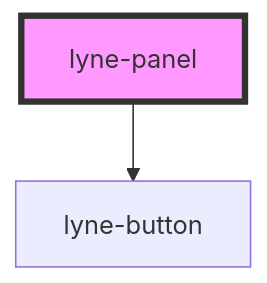
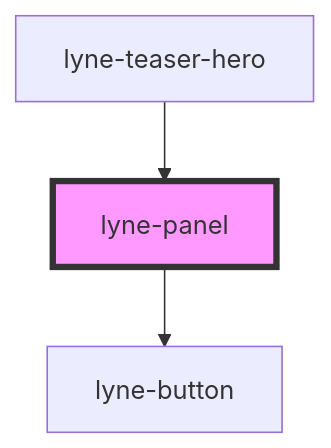
One commit to sbb-design-systems/lyne-components changed the diagram in src/components/lyne-panel/readme.md. Above: the diagram before and after it, drawn with Mermaid. The commit also changed other lines of this file, not shown here.

Commit message:
docs: update after using panel

````diff
--- a/src/components/lyne-panel/readme.md
+++ b/src/components/lyne-panel/readme.md
@@ -25,5 +29,6 @@
 ```mermaid
 graph TD;
   lyne-panel --> lyne-button
+  lyne-teaser-hero --> lyne-panel
   style lyne-panel fill:#f9f,stroke:#333,stroke-width:4px
 ```
````
